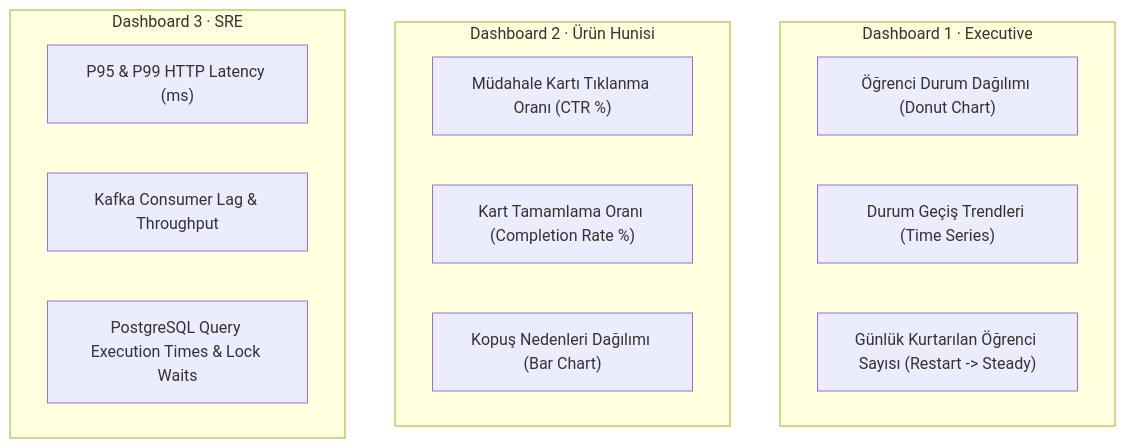
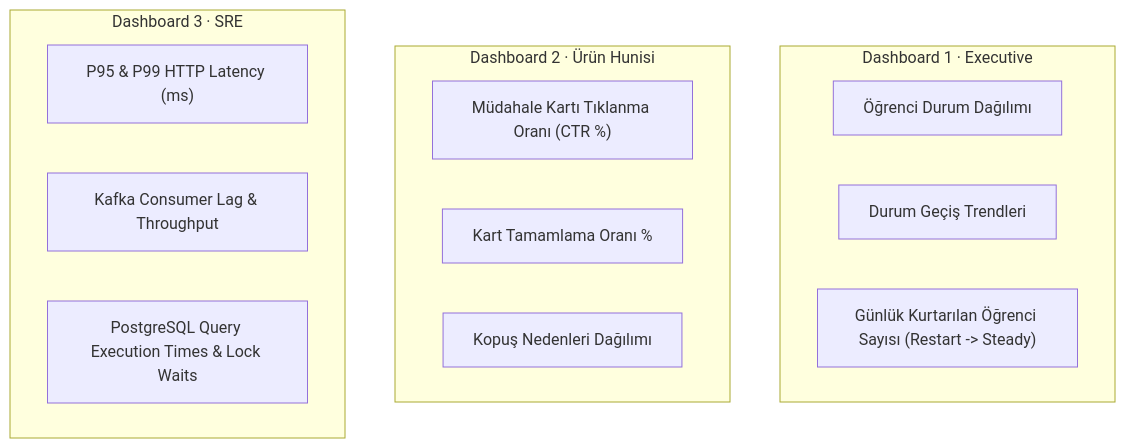
Before and after one commit to Losdreyfedus/doping-pulse: the diagram in docs/monitoring-alerting-and-slas.md, drawn with Mermaid. The commit also changed other lines of this file and 9 other files, not shown here.

````diff
--- a/docs/monitoring-alerting-and-slas.md
+++ b/docs/monitoring-alerting-and-slas.md
@@ -77,20 +77,20 @@
 ```mermaid
 graph TD
     subgraph D1 ["Dashboard 1 · Executive"]
-        D1A["Öğrenci Durum Dağılımı (Donut Chart)"]
-        D1B["Durum Geçiş Trendleri (Time Series)"]
+        D1A["Öğrenci Durum Dağılımı"]
+        D1B["Durum Geçiş Trendleri"]
         D1C["Günlük Kurtarılan Öğrenci Sayısı (Restart -> Steady)"]
     end
 
     subgraph D2 ["Dashboard 2 · Ürün Hunisi"]
         D2A["Müdahale Kartı Tıklanma Oranı (CTR %)"]
-        D2B["Kart Tamamlama Oranı (Completion Rate %)"]
-        D2C["Kopuş Nedenleri Dağılımı (Bar Chart)"]
+        D2B["Kart Tamamlama Oranı %"]
+        D2C["Kopuş Nedenleri Dağılımı"]
     end
 
     subgraph D3 ["Dashboard 3 · SRE"]
         D3A["P95 & P99 HTTP Latency (ms)"]
         D3B["Kafka Consumer Lag & Throughput"]
         D3C["PostgreSQL Query Execution Times & Lock Waits"]
     end
 ```
````
